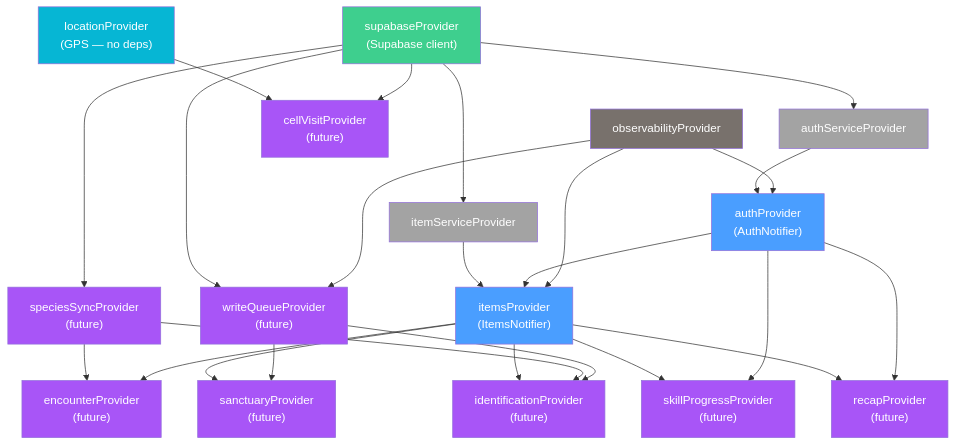
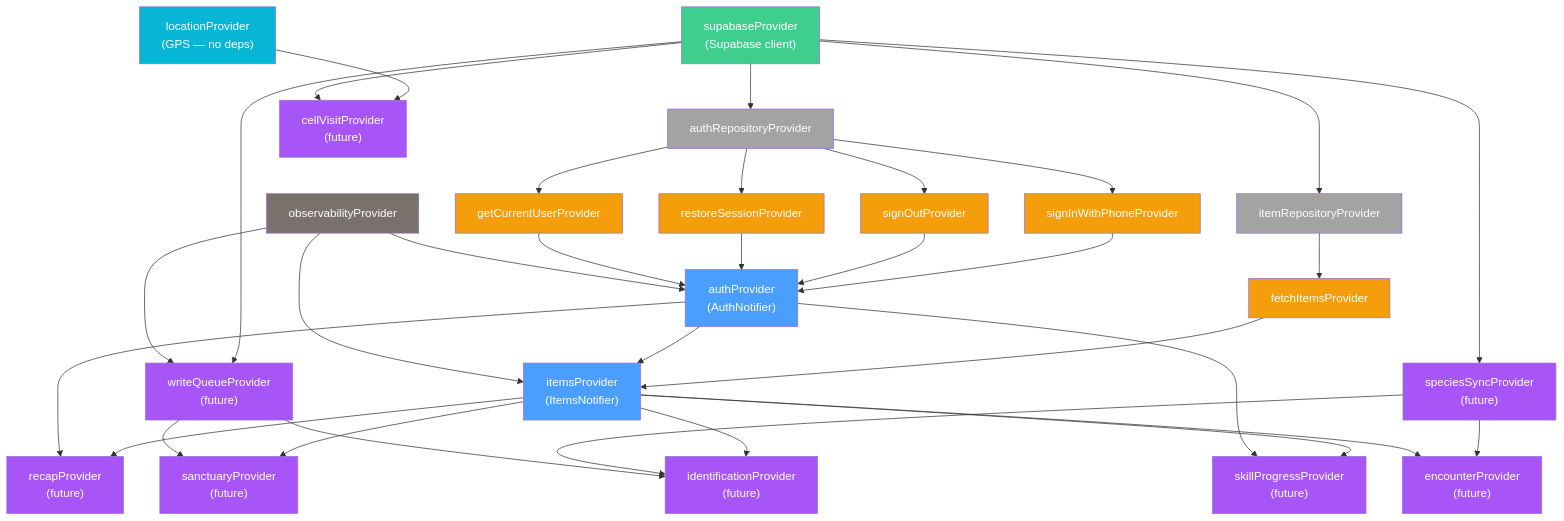
The diagram in docs/diagrams/solution/3-4-provider-graph.mmd (JMLegere/geo-app), drawn with Mermaid before and after one commit. The commit also changed 166 other files, not shown here.

First line of the commit message:
feat: Clean Architecture migration (TDD) (#438)

```diff
--- a/docs/diagrams/solution/3-4-provider-graph.mmd
+++ b/docs/diagrams/solution/3-4-provider-graph.mmd
@@ -1,73 +1,96 @@
 %% Status: NEEDS HUMAN REVIEW
 flowchart TD
     supabase["supabaseProvider\n(Supabase client)"]
     observability["observabilityProvider"]
     locationProv["locationProvider\n(GPS — no deps)"]
 
-    authService["authServiceProvider"]
-    itemService["itemServiceProvider"]
+    authRepository["authRepositoryProvider"]
+    itemRepository["itemRepositoryProvider"]
+
+    %% Use case providers
+    signInWithPhone["signInWithPhoneProvider"]
+    signOut["signOutProvider"]
+    restoreSession["restoreSessionProvider"]
+    getCurrentUser["getCurrentUserProvider"]
+    fetchItems["fetchItemsProvider"]
 
     auth["authProvider\n(AuthNotifier)"]
     items["itemsProvider\n(ItemsNotifier)"]
 
     %% Future providers
     speciesSync["speciesSyncProvider\n(future)"]
     writeQueue["writeQueueProvider\n(future)"]
     identification["identificationProvider\n(future)"]
     sanctuary["sanctuaryProvider\n(future)"]
     recap["recapProvider\n(future)"]
     skillProgress["skillProgressProvider\n(future)"]
     encounter["encounterProvider\n(future)"]
     cellVisit["cellVisitProvider\n(future)"]
 
-    %% Current dependencies
-    supabase --> authService
-    supabase --> itemService
+    %% Repository dependencies
+    supabase --> authRepository
+    supabase --> itemRepository
 
-    authService --> auth
+    %% Use case dependencies
+    authRepository --> signInWithPhone
+    authRepository --> signOut
+    authRepository --> restoreSession
+    authRepository --> getCurrentUser
+    itemRepository --> fetchItems
+
+    %% Notifier dependencies
+    signInWithPhone --> auth
+    signOut --> auth
+    restoreSession --> auth
+    getCurrentUser --> auth
     observability --> auth
 
-    itemService --> items
+    fetchItems --> items
     auth --> items
     observability --> items
 
     %% Future dependencies
     supabase --> speciesSync
     supabase --> writeQueue
     observability --> writeQueue
 
     items --> identification
     speciesSync --> identification
     writeQueue --> identification
 
     items --> sanctuary
     writeQueue --> sanctuary
 
     items --> recap
     auth --> recap
 
     items --> skillProgress
     auth --> skillProgress
 
     speciesSync --> encounter
     items --> encounter
 
     locationProv --> cellVisit
     supabase --> cellVisit
 
     %% Styling
     style supabase fill:#3ecf8e,color:#fff
     style observability fill:#78716c,color:#fff
     style locationProv fill:#06b6d4,color:#fff
     style auth fill:#4a9eff,color:#fff
     style items fill:#4a9eff,color:#fff
-    style authService fill:#a3a3a3,color:#fff
-    style itemService fill:#a3a3a3,color:#fff
+    style authRepository fill:#a3a3a3,color:#fff
+    style itemRepository fill:#a3a3a3,color:#fff
+    style signInWithPhone fill:#f59e0b,color:#fff
+    style signOut fill:#f59e0b,color:#fff
+    style restoreSession fill:#f59e0b,color:#fff
+    style getCurrentUser fill:#f59e0b,color:#fff
+    style fetchItems fill:#f59e0b,color:#fff
     style speciesSync fill:#a855f7,color:#fff
     style writeQueue fill:#a855f7,color:#fff
     style identification fill:#a855f7,color:#fff
     style sanctuary fill:#a855f7,color:#fff
     style recap fill:#a855f7,color:#fff
     style skillProgress fill:#a855f7,color:#fff
     style encounter fill:#a855f7,color:#fff
     style cellVisit fill:#a855f7,color:#fff
```
